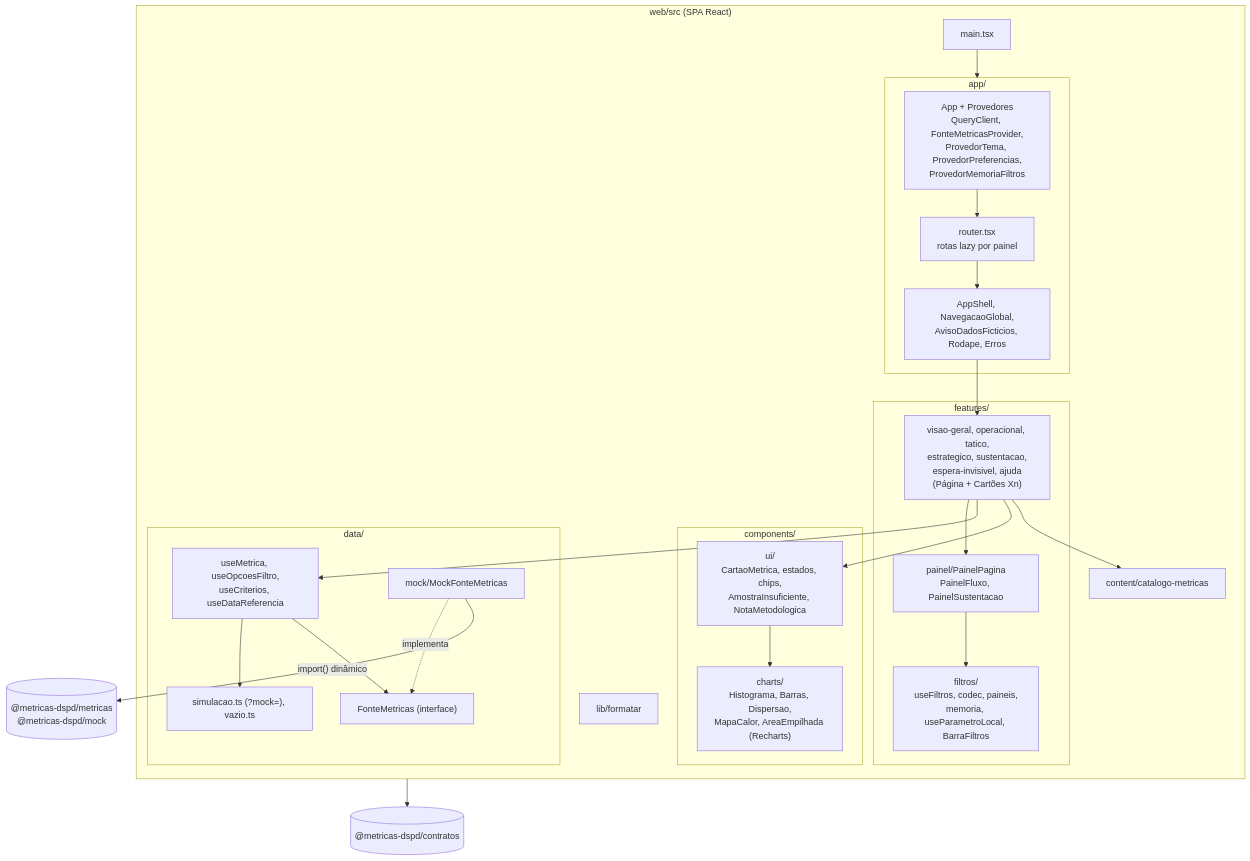
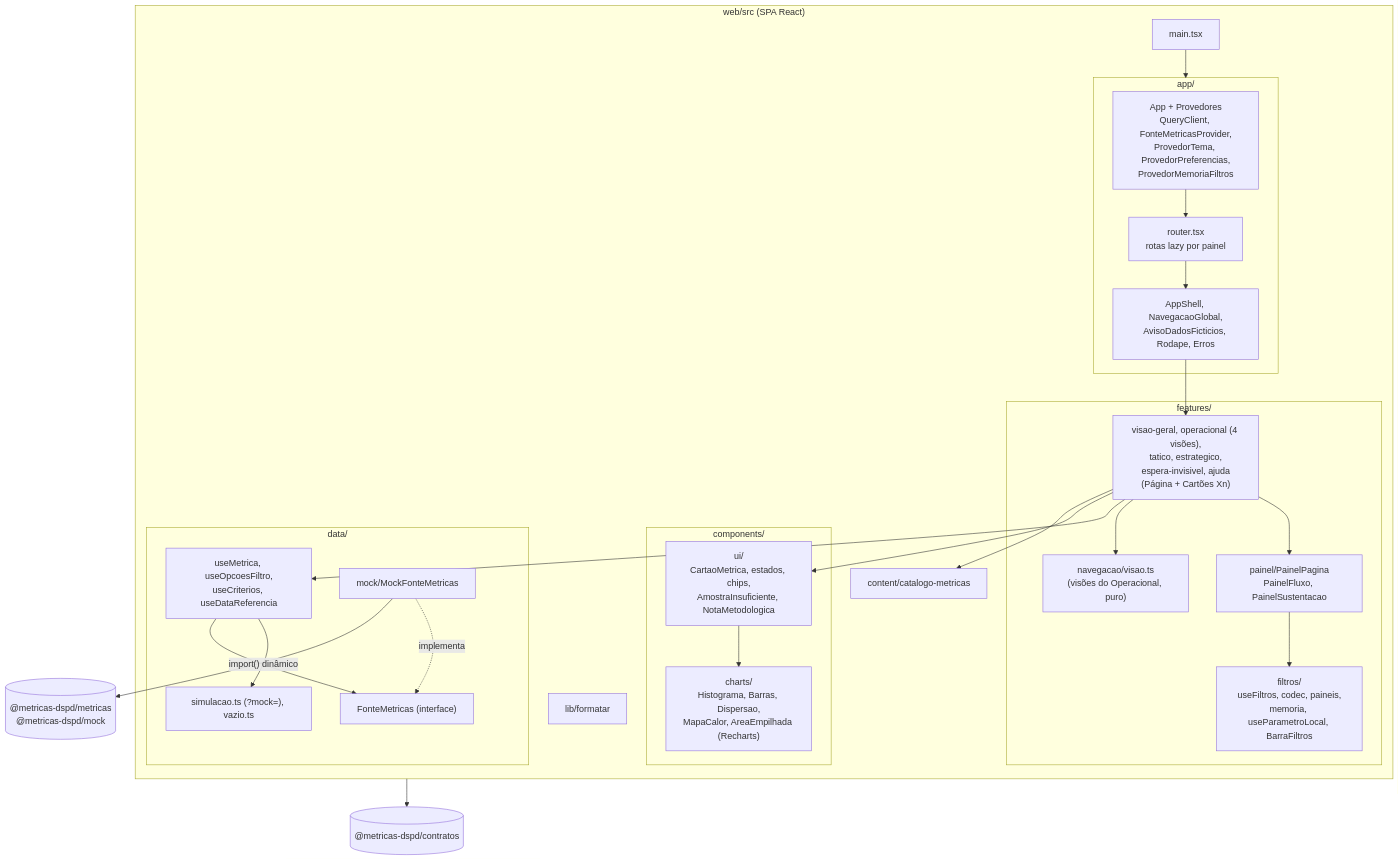
One commit to rodrigo-isensee/MetricasDSPD changed the first of 4 diagrams in docs/tecnica/arquitetura-front.md. Above: the diagram before and after it, drawn with Mermaid. The commit also changed other lines of this file, not shown here.

First line of the commit message:
docs(front): arquitetura do front descreve a Sustentação como visão do Operacional

````diff
--- a/docs/tecnica/arquitetura-front.md
+++ b/docs/tecnica/arquitetura-front.md
@@ -7,38 +7,40 @@
 ```mermaid
 flowchart TB
   subgraph web["web/src (SPA React)"]
     main["main.tsx"] --> app
     subgraph app["app/"]
       App["App + Provedores<br/>QueryClient, FonteMetricasProvider,<br/>ProvedorTema, ProvedorPreferencias,<br/>ProvedorMemoriaFiltros"]
       router["router.tsx<br/>rotas lazy por painel"]
       shell["AppShell, NavegacaoGlobal,<br/>AvisoDadosFicticios, Rodape, Erros"]
     end
     subgraph features["features/"]
-      paginas["visao-geral, operacional, tatico,<br/>estrategico, sustentacao,<br/>espera-invisivel, ajuda<br/>(Página + Cartões Xn)"]
+      paginas["visao-geral, operacional (4 visões),<br/>tatico, estrategico,<br/>espera-invisivel, ajuda<br/>(Página + Cartões Xn)"]
+      nav["navegacao/visao.ts<br/>(visões do Operacional, puro)"]
       painel["painel/PainelPagina<br/>PainelFluxo, PainelSustentacao"]
       filtros["filtros/<br/>useFiltros, codec, paineis,<br/>memoria, useParametroLocal, BarraFiltros"]
     end
     subgraph comps["components/"]
       ui["ui/<br/>CartaoMetrica, estados, chips,<br/>AmostraInsuficiente, NotaMetodologica"]
       charts["charts/<br/>Histograma, Barras, Dispersao,<br/>MapaCalor, AreaEmpilhada (Recharts)"]
     end
     subgraph data["data/"]
       porta["FonteMetricas (interface)"]
       hooks["useMetrica, useOpcoesFiltro,<br/>useCriterios, useDataReferencia"]
       sim["simulacao.ts (?mock=), vazio.ts"]
       mockf["mock/MockFonteMetricas"]
     end
     content["content/catalogo-metricas"]
     lib["lib/formatar"]
   end
   App --> router --> shell --> paginas
   paginas --> painel --> filtros
+  paginas --> nav
   paginas --> hooks
   paginas --> ui --> charts
   paginas --> content
   hooks --> sim
   hooks --> porta
   mockf -.implementa.-> porta
   mockf -->|"import() dinâmico"| pkgs[("@metricas-dspd/metricas<br/>@metricas-dspd/mock")]
   web --> contratos[("@metricas-dspd/contratos")]
 ```
````
